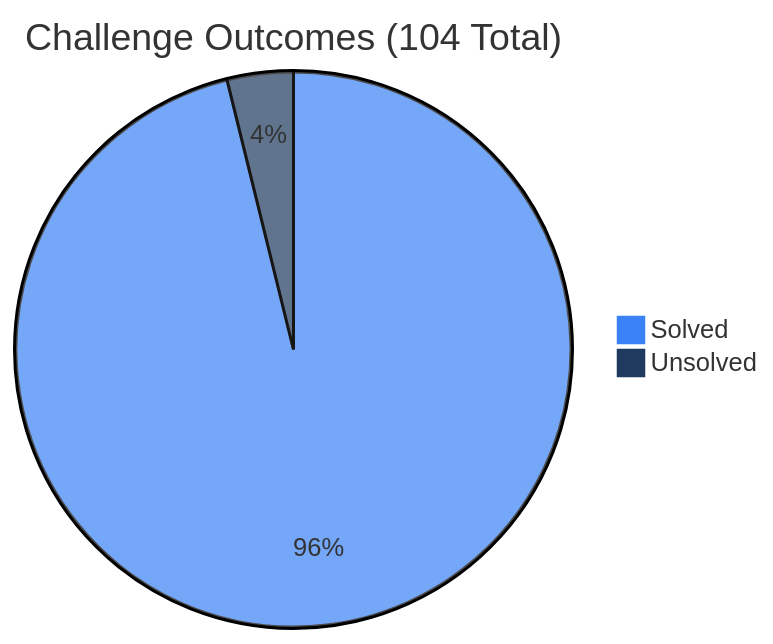
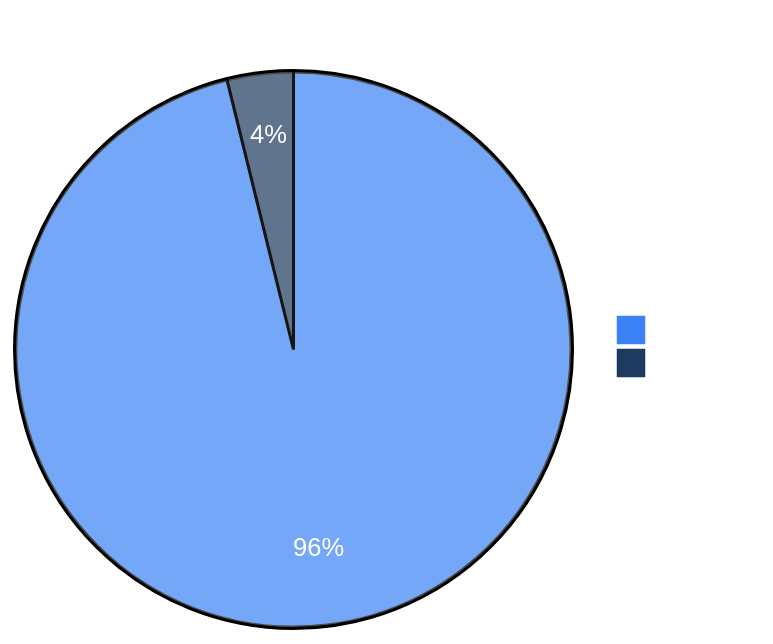
One commit to usestrix/benchmarks changed the first of 2 diagrams in XBEN/README.md. Above: the diagram before and after it, drawn with Mermaid. The commit also changed other lines of this file, not shown here.

````diff
--- a/XBEN/README.md
+++ b/XBEN/README.md
@@ -91,6 +91,6 @@
 ```mermaid
-%%{init: {'theme': 'base', 'themeVariables': { 'pie1': '#3b82f6', 'pie2': '#1e3a5f'}}}%%
+%%{init: {'theme': 'base', 'themeVariables': { 'pie1': '#3b82f6', 'pie2': '#1e3a5f', 'pieTitleTextColor': '#ffffff', 'pieSectionTextColor': '#ffffff', 'pieLegendTextColor': '#ffffff'}}}%%
 pie title Challenge Outcomes (104 Total)
     "Solved" : 100
     "Unsolved" : 4
 ```
````
